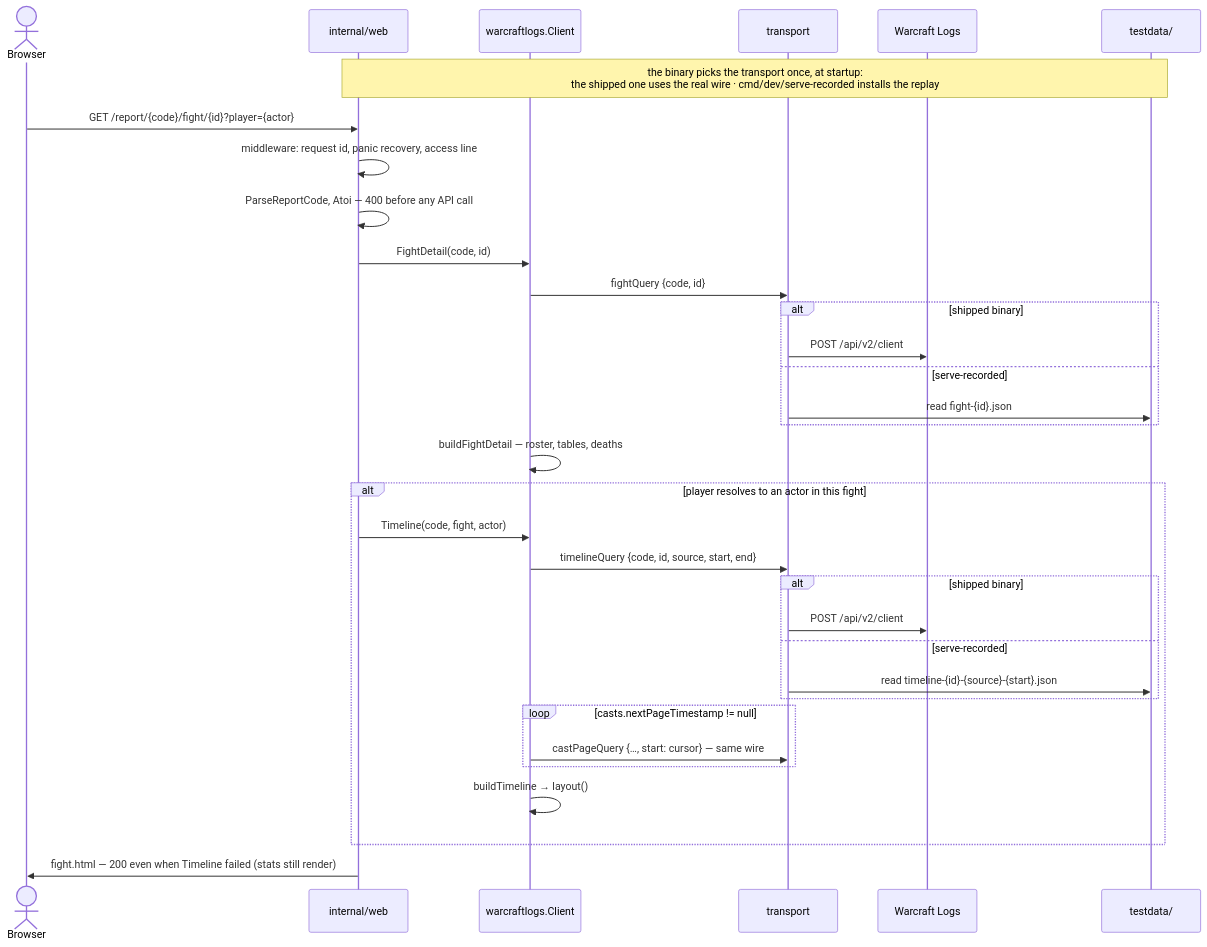
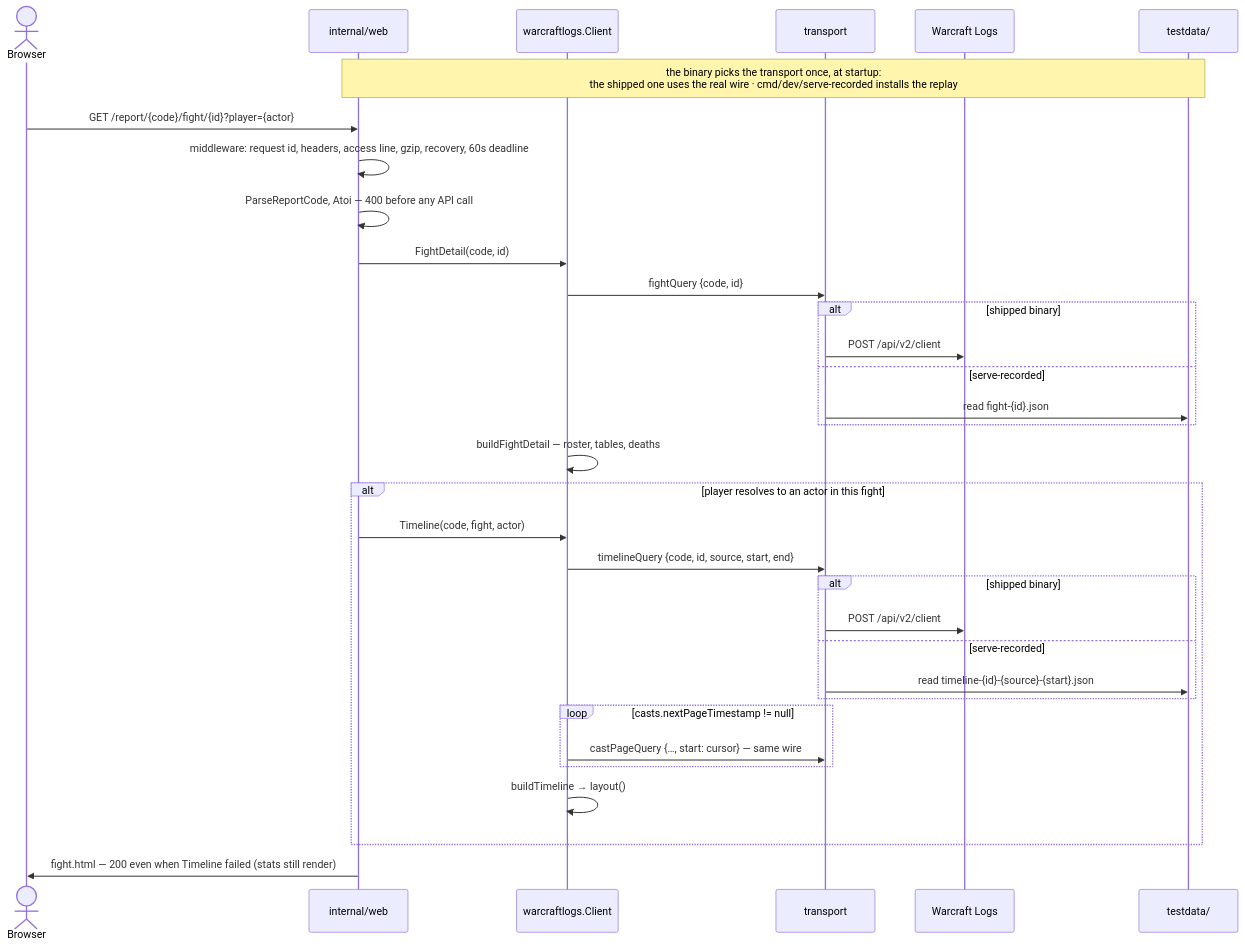
Before and after one commit to Gabriel2048/wow-insights: the third of 3 diagrams in ARCHITECTURE.md, drawn with Mermaid. The commit also changed other lines of this file and 8 other files, not shown here.

First line of the commit message:
gzip, security headers, a request deadline, and no /health/wcl

````diff
--- a/ARCHITECTURE.md
+++ b/ARCHITECTURE.md
@@ -121,37 +121,37 @@
 ```mermaid
 sequenceDiagram
     actor B as Browser
     participant S as internal/web
     participant C as warcraftlogs.Client
     participant T as transport
     participant W as Warcraft Logs
     participant F as testdata/
 
     Note over S,F: the binary picks the transport once, at startup:<br/>the shipped one uses the real wire · cmd/dev/serve-recorded installs the replay
 
     B->>S: GET /report/{code}/fight/{id}?player={actor}
-    S->>S: middleware: request id, panic recovery, access line
+    S->>S: middleware: request id, headers, access line, gzip, recovery, 60s deadline
     S->>S: ParseReportCode, Atoi — 400 before any API call
     S->>C: FightDetail(code, id)
     C->>T: fightQuery {code, id}
     alt shipped binary
         T->>W: POST /api/v2/client
     else serve-recorded
         T->>F: read fight-{id}.json
     end
     C->>C: buildFightDetail — roster, tables, deaths
     alt player resolves to an actor in this fight
         S->>C: Timeline(code, fight, actor)
         C->>T: timelineQuery {code, id, source, start, end}
         alt shipped binary
             T->>W: POST /api/v2/client
         else serve-recorded
             T->>F: read timeline-{id}-{source}-{start}.json
         end
         loop casts.nextPageTimestamp != null
             C->>T: castPageQuery {…, start: cursor} — same wire
         end
         C->>C: buildTimeline → layout()
     end
     S->>B: fight.html — 200 even when Timeline failed (stats still render)
 ```
````
